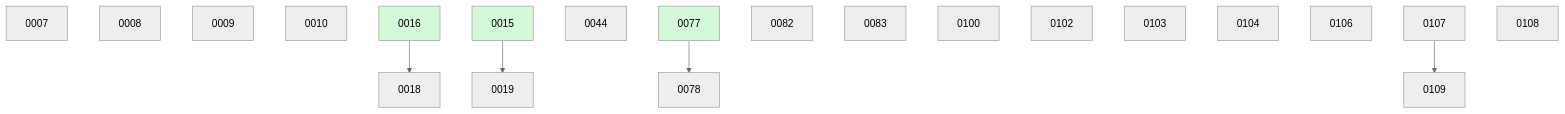
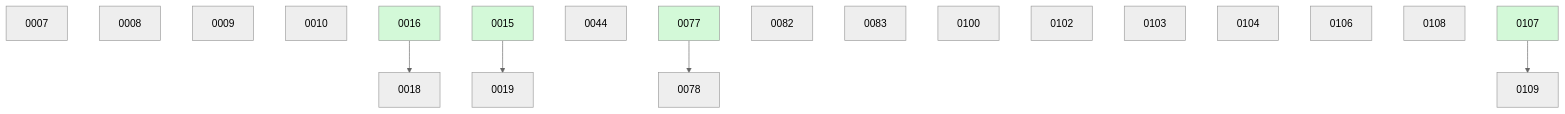
One commit to danielhanold/docket changed the diagram in docs/changes/BOARD.md. Above: the diagram before and after it, drawn with Mermaid (neutral theme). The commit also changed other lines of this file, not shown here.

````diff
--- a/docs/changes/BOARD.md
+++ b/docs/changes/BOARD.md
@@ -43,25 +42,25 @@
 ```mermaid
 graph TD
   0007
   0008
   0009
   0010
   0016 --> 0018
   0015 --> 0019
   0044
   0077 --> 0078
   0082
   0083
   0100
   0102
   0103
   0104
   0106
-  0107
   0108
   0107 --> 0109
   0015:::done
   0016:::done
   0077:::done
+  0107:::done
   classDef done fill:#d3f9d8;
 ```
````
